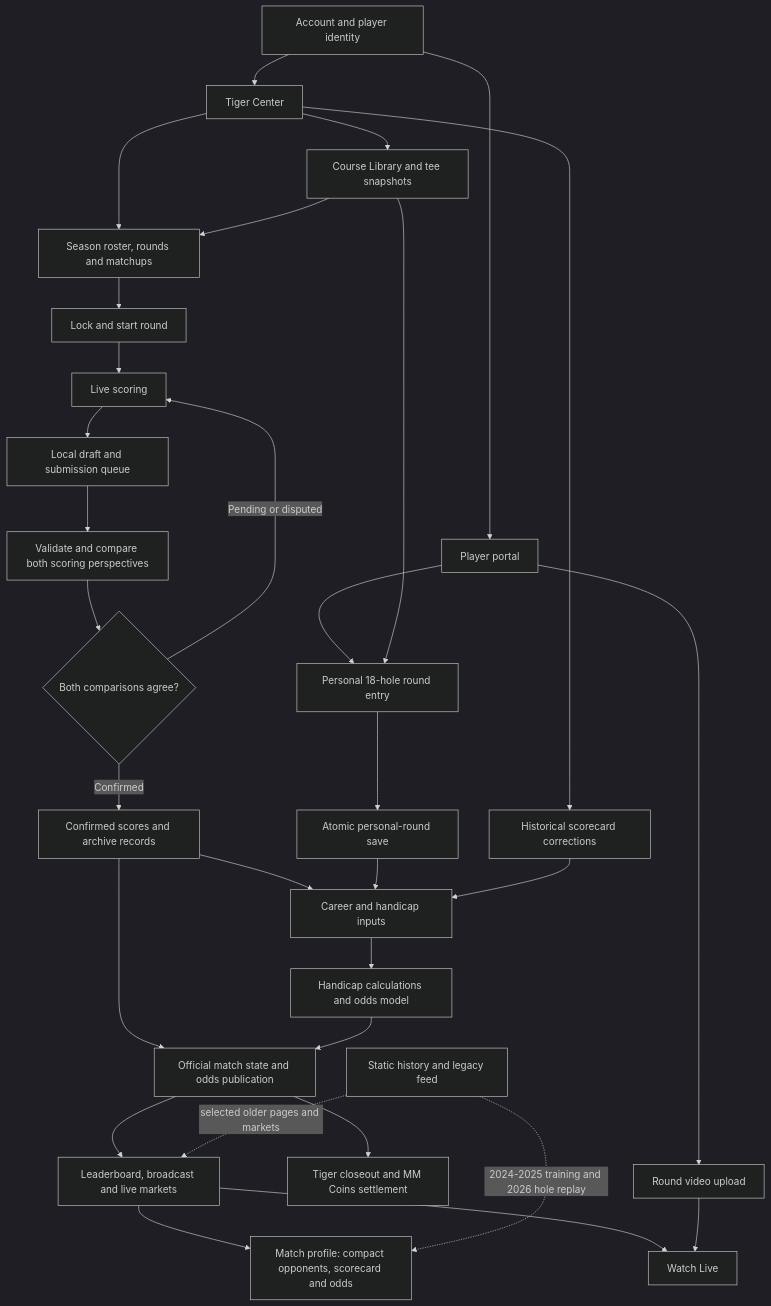
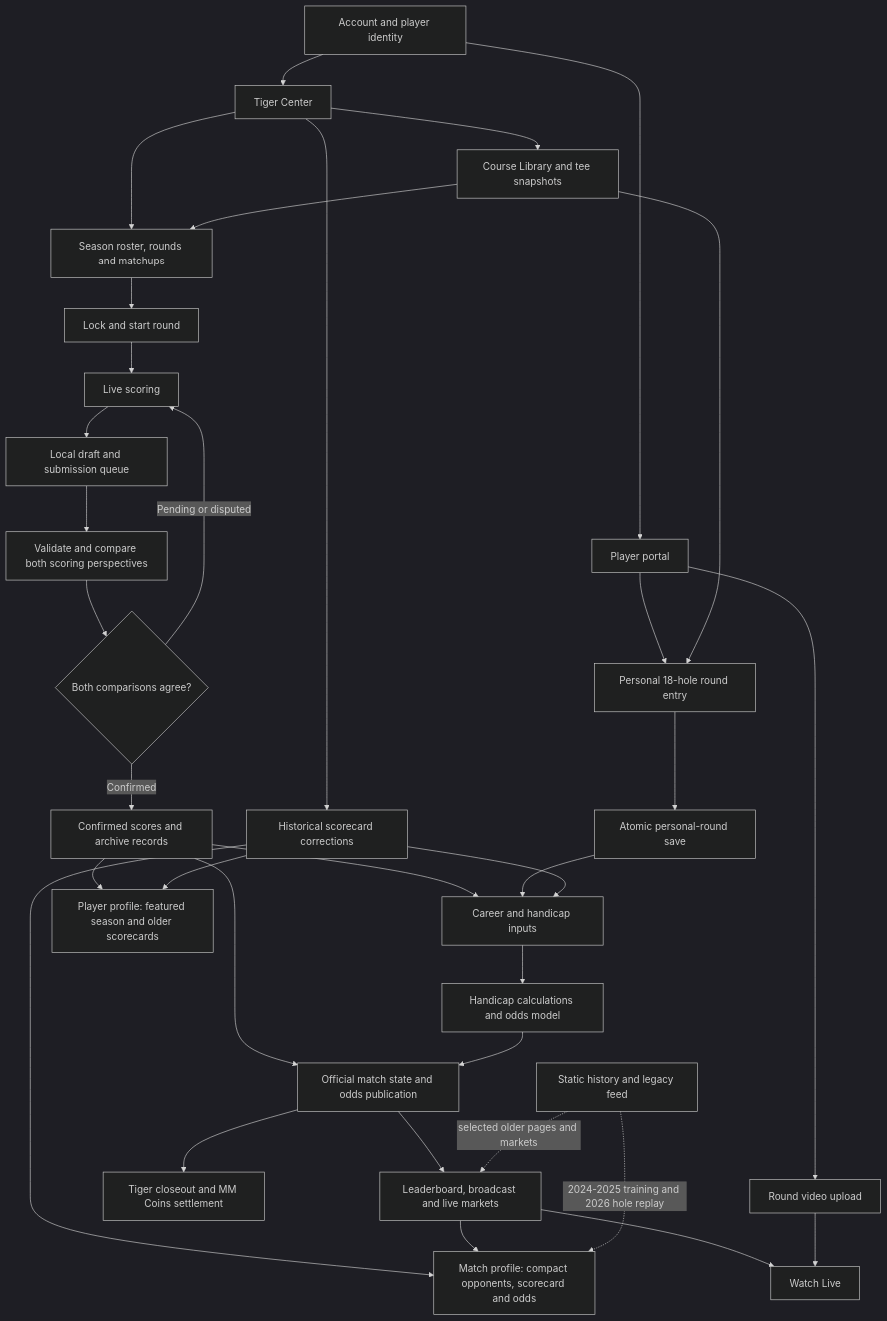
The diagram in docs/app-workflow.md (cadebarone00/MM-Website), drawn with Mermaid (dark theme) before and after one commit. The commit also changed other lines of this file and 19 other files, not shown here.

````diff
--- a/docs/app-workflow.md
+++ b/docs/app-workflow.md
@@ -9,36 +9,39 @@
 ```mermaid
 flowchart TD
   A[Account and player identity] --> P[Player portal]
   A --> T[Tiger Center]
   T --> C[Course Library and tee snapshots]
   T --> S[Season roster, rounds and matchups]
   C --> S
   S --> R[Lock and start round]
   R --> L[Live scoring]
   L --> D[Local draft and submission queue]
   D --> V[Validate and compare both scoring perspectives]
   V --> Q{Both comparisons agree?}
   Q -- Pending or disputed --> L
   Q -- Confirmed --> H[Confirmed scores and archive records]
   H --> O[Official match state and odds publication]
   H --> K[Career and handicap inputs]
+  H --> PP[Player profile: featured season and older scorecards]
+  X --> MP
+  X --> PP
   %% Match pages preserve continuous scrolling with equal 56px hole and total columns.
   O --> B[Leaderboard, broadcast and live markets]
   B --> MP[Match profile: compact opponents, scorecard and odds]
   Z -. 2024-2025 training and 2026 hole replay .-> MP
   O --> F[Tiger closeout and MM Coins settlement]
   %% Portal: overall handicap number opens My Handicap; separate Submit a score pill opens the handicap screen.
   P --> N[Personal 18-hole round entry]
   C --> N
   N --> E[Atomic personal-round save]
   E --> K
   T --> X[Historical scorecard corrections]
   X --> K
   K --> M[Handicap calculations and odds model]
   M --> O
   B --> W[Watch Live]
   P --> U[Round video upload]
   U --> W
   %% Audit 2026-09-21: historical scorecard round IDs and setup round IDs are misaligned; repair pending.
   Z[Static history and legacy feed] -. selected older pages and markets .-> B
 ```
````
